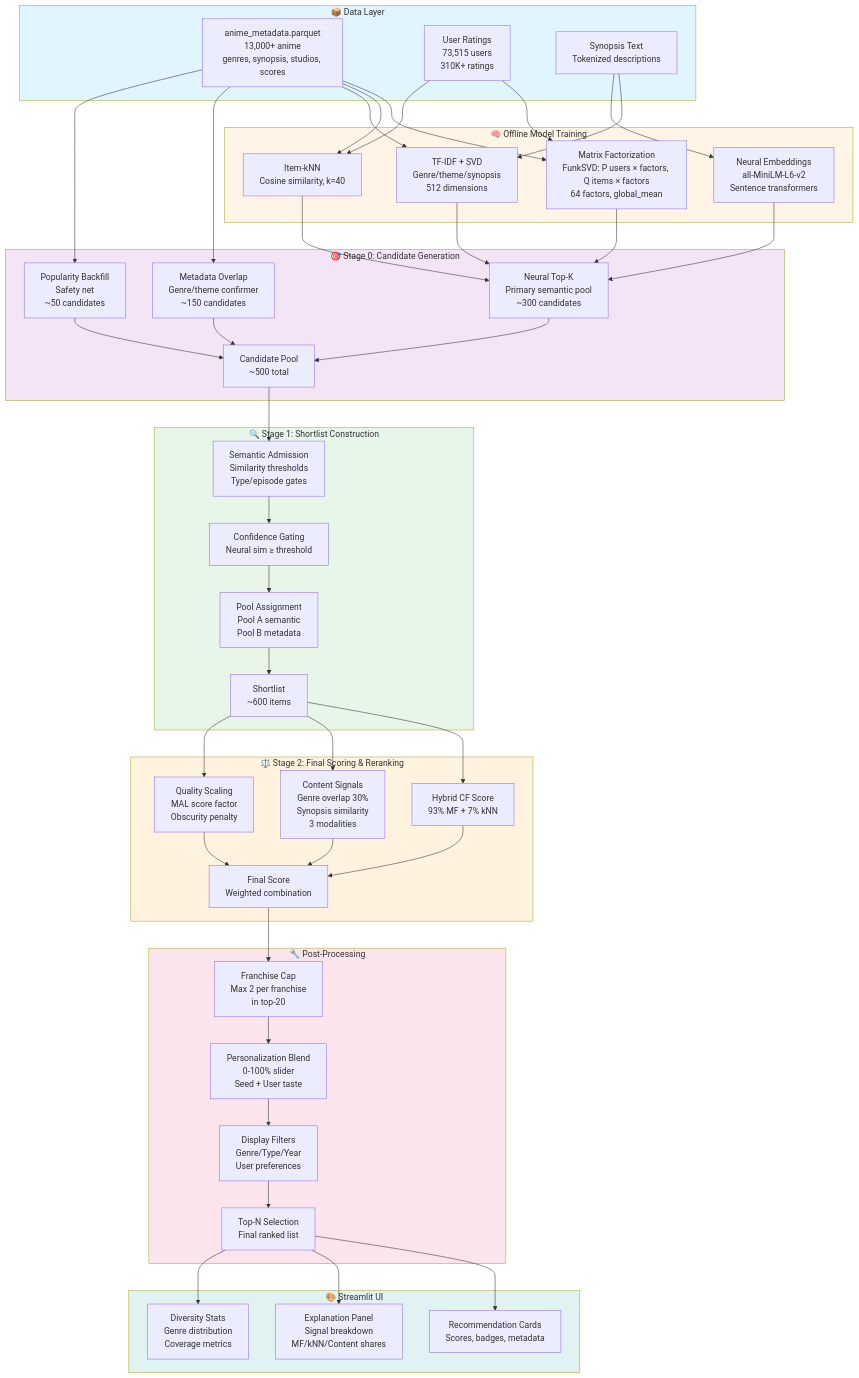
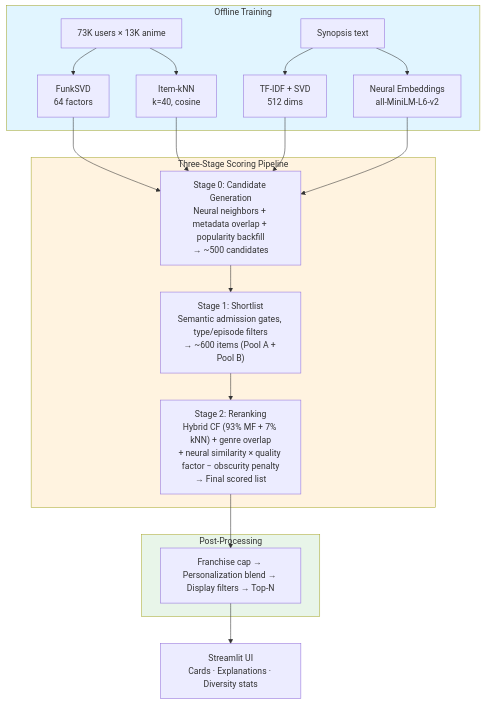
Before and after one commit to daedwards06/MyAnimeRecommendationSystem: the diagram in README.md, drawn with Mermaid. The commit also changed other lines of this file, not shown here.

````diff
--- a/README.md
+++ b/README.md
@@ -82,97 +52,31 @@
 ```mermaid
 graph TB
-    subgraph Data["📦 Data Layer"]
-        D1[anime_metadata.parquet<br/>13,000+ anime<br/>genres, synopsis, studios, scores]
-        D2[User Ratings<br/>73,515 users<br/>310K+ ratings]
-        D3[Synopsis Text<br/>Tokenized descriptions]
+    subgraph Offline["Offline Training"]
+        D1[73K users × 13K anime] --> M1[FunkSVD<br/>64 factors]
+        D1 --> M2[Item-kNN<br/>k=40, cosine]
+        D2[Synopsis text] --> M3[TF-IDF + SVD<br/>512 dims]
+        D2 --> M4[Neural Embeddings<br/>all-MiniLM-L6-v2]
     end
 
-    subgraph Models["🧠 Offline Model Training"]
-        M1[Matrix Factorization<br/>FunkSVD: P users × factors, Q items × factors<br/>64 factors, global_mean]
-        M2[Item-kNN<br/>Cosine similarity, k=40]
-        M3[TF-IDF + SVD<br/>Genre/theme/synopsis<br/>512 dimensions]
-        M4[Neural Embeddings<br/>all-MiniLM-L6-v2<br/>Sentence transformers]
+    subgraph Pipeline["Three-Stage Scoring Pipeline"]
+        S0["Stage 0: Candidate Generation<br/>Neural neighbors + metadata overlap + popularity backfill<br/>→ ~500 candidates"]
+        S1["Stage 1: Shortlist<br/>Semantic admission gates, type/episode filters<br/>→ ~600 items (Pool A + Pool B)"]
+        S2["Stage 2: Reranking<br/>Hybrid CF (93% MF + 7% kNN) + genre overlap<br/>+ neural similarity × quality factor − obscurity penalty<br/>→ Final scored list"]
     end
 
-    subgraph Stage0["🎯 Stage 0: Candidate Generation"]
-        S0A[Neural Top-K<br/>Primary semantic pool<br/>~300 candidates]
-        S0B[Metadata Overlap<br/>Genre/theme confirmer<br/>~150 candidates]
-        S0C[Popularity Backfill<br/>Safety net<br/>~50 candidates]
-        S0D[Candidate Pool<br/>~500 total]
+    subgraph Post["Post-Processing"]
+        PP["Franchise cap → Personalization blend → Display filters → Top-N"]
     end
 
-    subgraph Stage1["🔍 Stage 1: Shortlist Construction"]
-        S1A[Semantic Admission<br/>Similarity thresholds<br/>Type/episode gates]
-        S1B[Confidence Gating<br/>Neural sim ≥ threshold]
-        S1C[Pool Assignment<br/>Pool A semantic<br/>Pool B metadata]
-        S1D[Shortlist<br/>~600 items]
-    end
+    M1 --> S0
+    M2 --> S0
+    M3 --> S0
+    M4 --> S0
+    S0 --> S1 --> S2 --> PP
 
-    subgraph Stage2["⚖️ Stage 2: Final Scoring & Reranking"]
-        S2A[Hybrid CF Score<br/>93% MF + 7% kNN]
-        S2B[Content Signals<br/>Genre overlap 30%<br/>Synopsis similarity<br/>3 modalities]
-        S2C[Quality Scaling<br/>MAL score factor<br/>Obscurity penalty]
-        S2D[Final Score<br/>Weighted combination]
-    end
+    PP --> UI["Streamlit UI<br/>Cards · Explanations · Diversity stats"]
 
-    subgraph Post["🔧 Post-Processing"]
-        P1[Franchise Cap<br/>Max 2 per franchise<br/>in top-20]
-        P2[Personalization Blend<br/>0-100% slider<br/>Seed + User taste]
-        P3[Display Filters<br/>Genre/Type/Year<br/>User preferences]
-        P4[Top-N Selection<br/>Final ranked list]
-    end
-
-    subgraph UI["🎨 Streamlit UI"]
-        U1[Recommendation Cards<br/>Scores, badges, metadata]
-        U2[Explanation Panel<br/>Signal breakdown<br/>MF/kNN/Content shares]
-        U3[Diversity Stats<br/>Genre distribution<br/>Coverage metrics]
-    end
-
-    D1 --> M1
-    D1 --> M2
-    D1 --> M3
-    D2 --> M1
-    D2 --> M2
-    D3 --> M3
-    D3 --> M4
-
-    M1 --> S0A
-    M2 --> S0A
-    M3 --> S0A
-    M4 --> S0A
-    D1 --> S0B
-    D1 --> S0C
-
-    S0A --> S0D
-    S0B --> S0D
-    S0C --> S0D
-
-    S0D --> S1A
-    S1A --> S1B
-    S1B --> S1C
-    S1C --> S1D
-
-    S1D --> S2A
-    S1D --> S2B
-    S1D --> S2C
-    S2A --> S2D
-    S2B --> S2D
-    S2C --> S2D
-
-    S2D --> P1
-    P1 --> P2
-    P2 --> P3
-    P3 --> P4
-
-    P4 --> U1
-    P4 --> U2
-    P4 --> U3
-
-    style Data fill:#e1f5ff
-    style Models fill:#fff4e6
-    style Stage0 fill:#f3e5f5
-    style Stage1 fill:#e8f5e9
-    style Stage2 fill:#fff3e0
-    style Post fill:#fce4ec
-    style UI fill:#e0f2f1
+    style Offline fill:#e1f5ff
+    style Pipeline fill:#fff3e0
+    style Post fill:#e8f5e9
 ```
````
